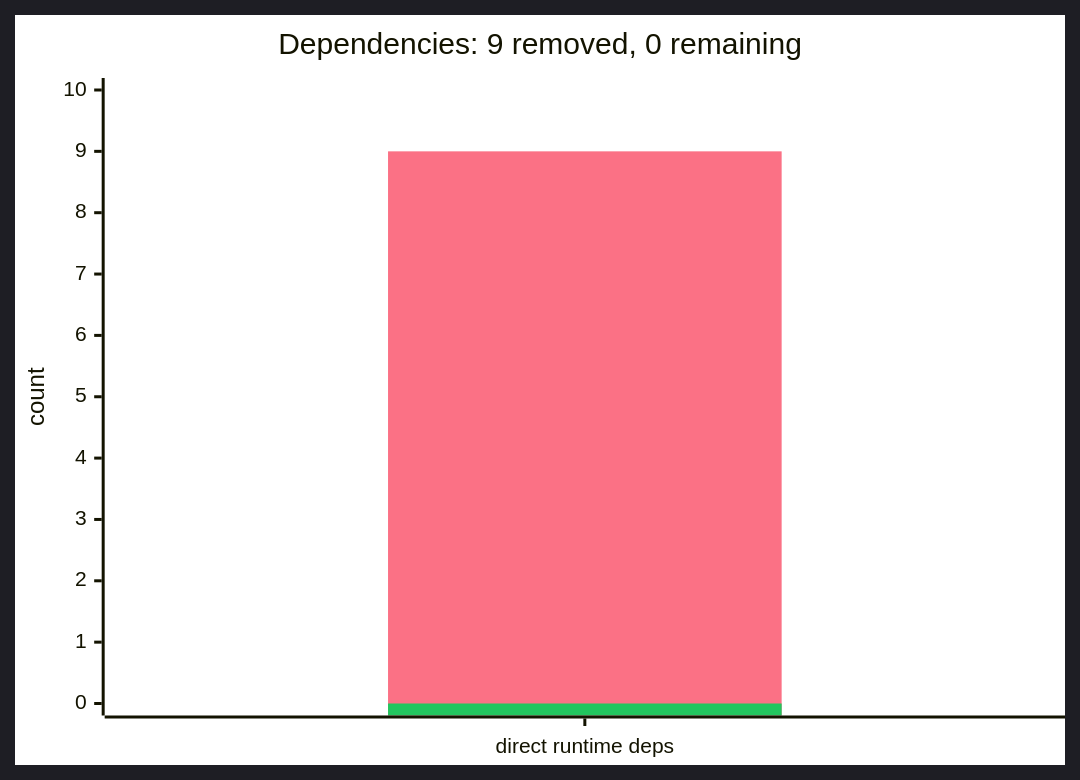
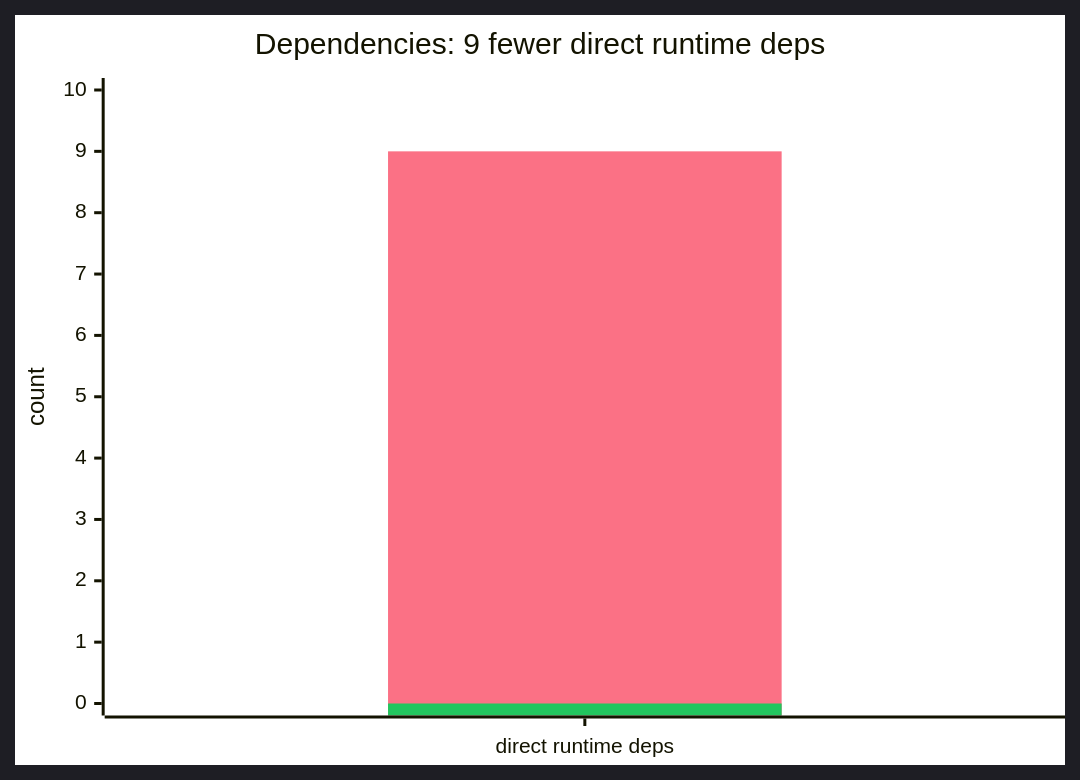
Before and after one commit to ocodista/run-all-now: the first of 3 diagrams in README.md, drawn with Mermaid. The commit also changed other lines of this file and 21 other files, not shown here.

````diff
--- a/README.md
+++ b/README.md
@@ -125,9 +112,9 @@
 ```mermaid
 %%{init: {"theme": "dark", "themeVariables": {"xyChart": {"plotColorPalette": "#fb7185,#22c55e"}}}}%%
 xychart-beta
-  title "Dependencies: 9 removed, 0 remaining"
+  title "Dependencies: 9 fewer direct runtime deps"
   x-axis ["direct runtime deps"]
   y-axis "count" 0 --> 10
   bar [9]
   bar [0]
 ```
````
